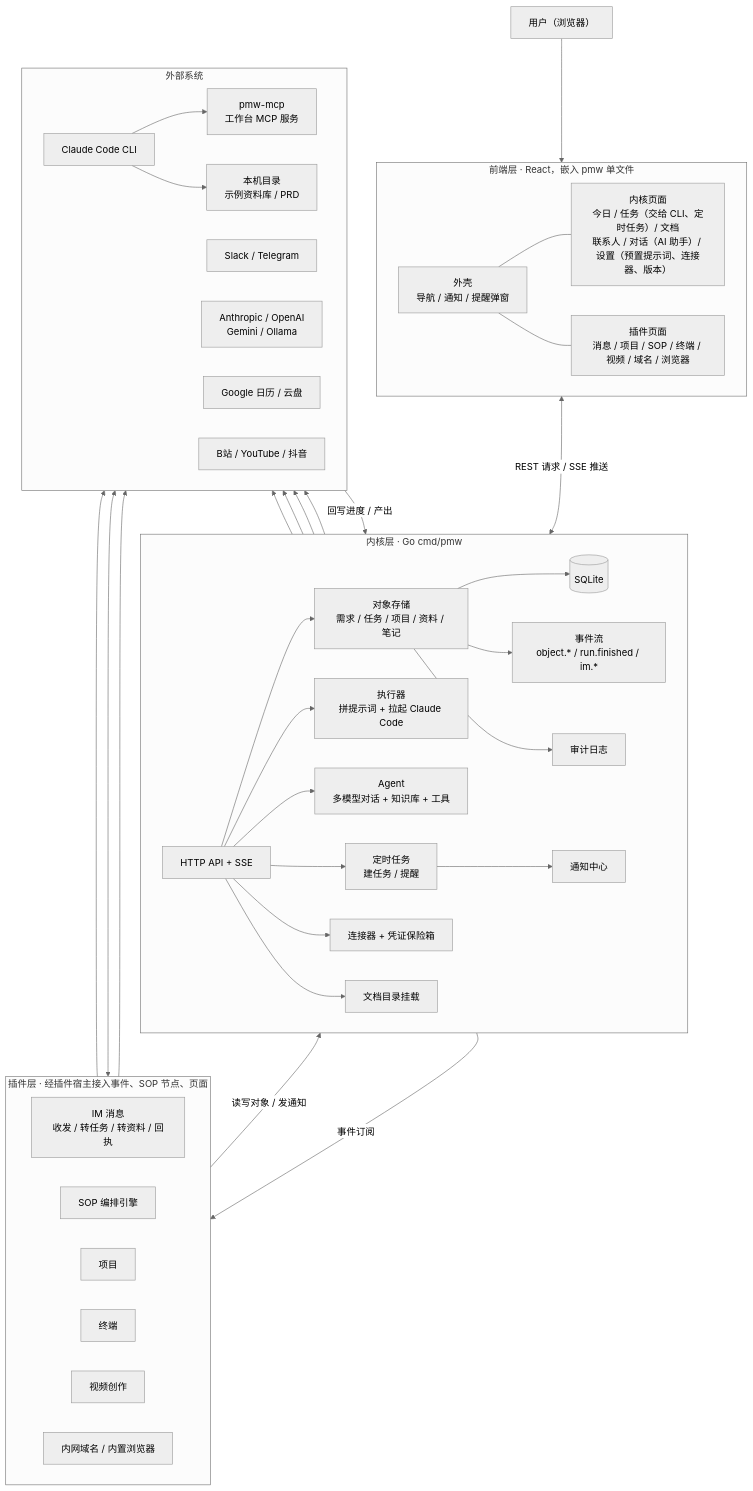
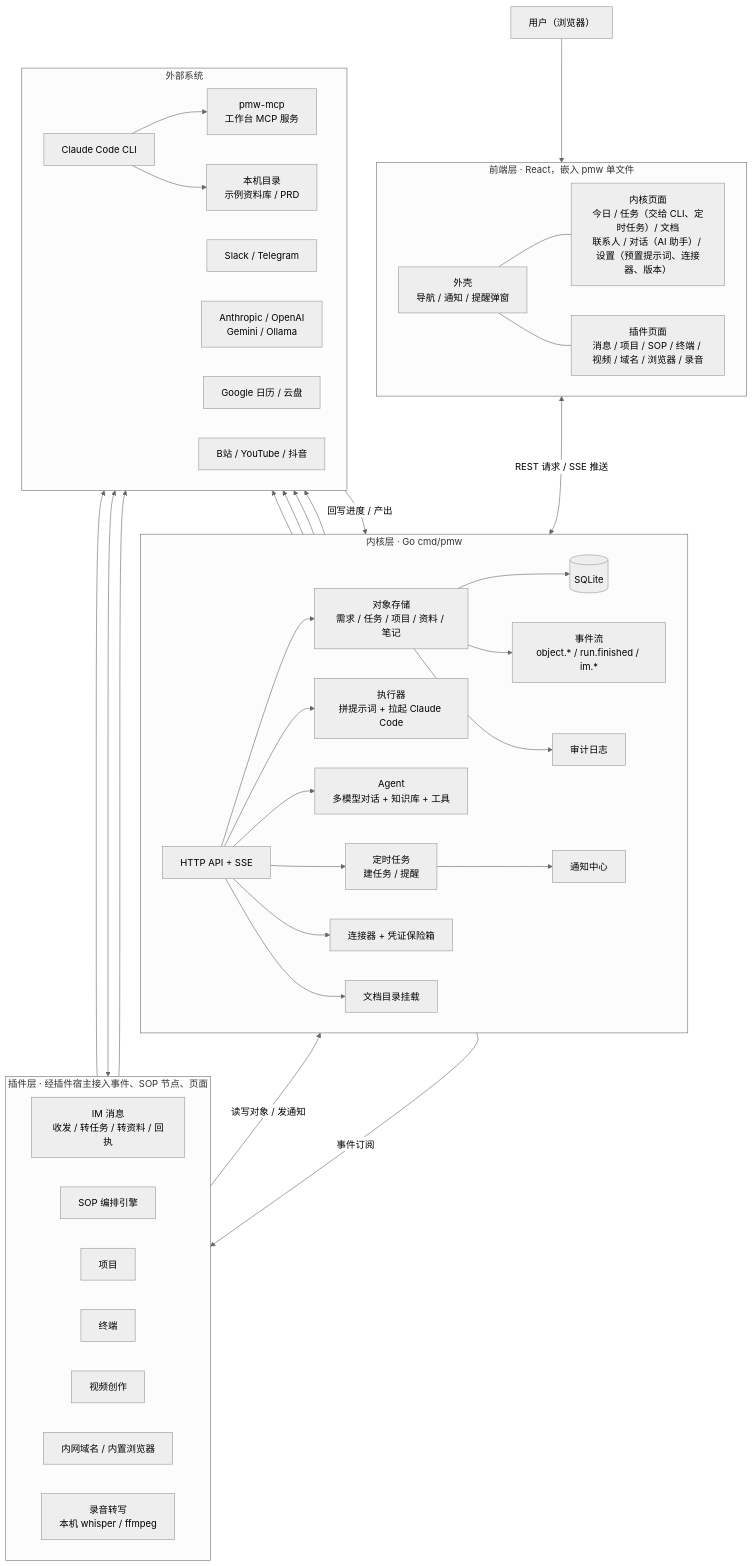
Before and after one commit to lizhao903/pm-workspace: the first of 3 diagrams in docs/system-overview.md, drawn with Mermaid (neutral theme). The commit also changed other lines of this file and 46 other files, not shown here.

````diff
--- a/docs/system-overview.md
+++ b/docs/system-overview.md
@@ -7,67 +7,68 @@
 ```mermaid
 graph TB
   U["用户（浏览器）"]
 
   subgraph FE["前端层 · React，嵌入 pmw 单文件"]
     direction LR
     SHELL["外壳<br/>导航 / 通知 / 提醒弹窗"]
     MODS["内核页面<br/>今日 / 任务（交给 CLI、定时任务）/ 文档<br/>联系人 / 对话（AI 助手）/ 设置（预置提示词、连接器、版本）"]
-    PUI["插件页面<br/>消息 / 项目 / SOP / 终端 / 视频 / 域名 / 浏览器"]
+    PUI["插件页面<br/>消息 / 项目 / SOP / 终端 / 视频 / 域名 / 浏览器 / 录音"]
   end
 
   subgraph CORE["内核层 · Go cmd/pmw"]
     direction LR
     API["HTTP API + SSE"]
     STORE["对象存储<br/>需求 / 任务 / 项目 / 资料 / 笔记"]
     EV["事件流<br/>object.* / run.finished / im.*"]
     RUN["执行器<br/>拼提示词 + 拉起 Claude Code"]
     AG["Agent<br/>多模型对话 + 知识库 + 工具"]
     SCH["定时任务<br/>建任务 / 提醒"]
     NT["通知中心"]
     CON["连接器 + 凭证保险箱"]
     DOCFS["文档目录挂载"]
     AU["审计日志"]
     DB[("SQLite")]
   end
 
   subgraph PL["插件层 · 经插件宿主接入事件、SOP 节点、页面"]
     direction LR
     IM["IM 消息<br/>收发 / 转任务 / 转资料 / 回执"]
     SOP["SOP 编排引擎"]
     PRJ["项目"]
     TERM["终端"]
     VID["视频创作"]
     DOM["内网域名 / 内置浏览器"]
+    REC["录音转写<br/>本机 whisper / ffmpeg"]
   end
 
   subgraph EXT["外部系统"]
     direction LR
     CC["Claude Code CLI"]
     MCP["pmw-mcp<br/>工作台 MCP 服务"]
     IMX["Slack / Telegram"]
     LLM["Anthropic / OpenAI<br/>Gemini / Ollama"]
     GG["Google 日历 / 云盘"]
     FS["本机目录<br/>示例资料库 / PRD"]
     VP["B站 / YouTube / 抖音"]
   end
 
   U --> SHELL
   SHELL --- MODS & PUI
   FE <-->|"REST 请求 / SSE 推送"| API
   API --> STORE & RUN & AG & SCH & CON & DOCFS
   STORE --> DB
   STORE --> EV
   STORE --> AU
   SCH --> NT
   EV -->|"事件订阅"| PL
   PL -->|"读写对象 / 发通知"| STORE
   RUN --> CC
   TERM --> CC
   CC --> MCP -->|"回写进度 / 产出"| API
   CC --> FS
   DOCFS --> FS
   AG --> LLM
   CON --> GG
   IM <--> IMX
   VID --> VP
 ```
````
